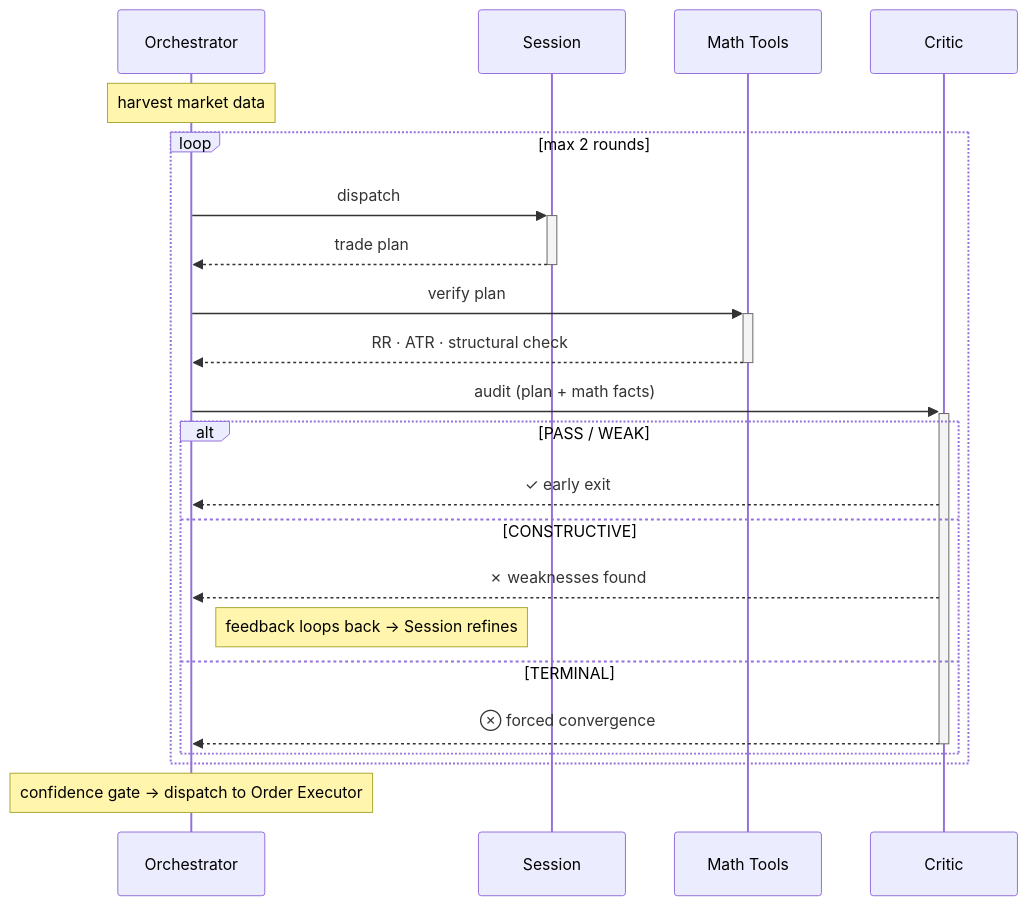
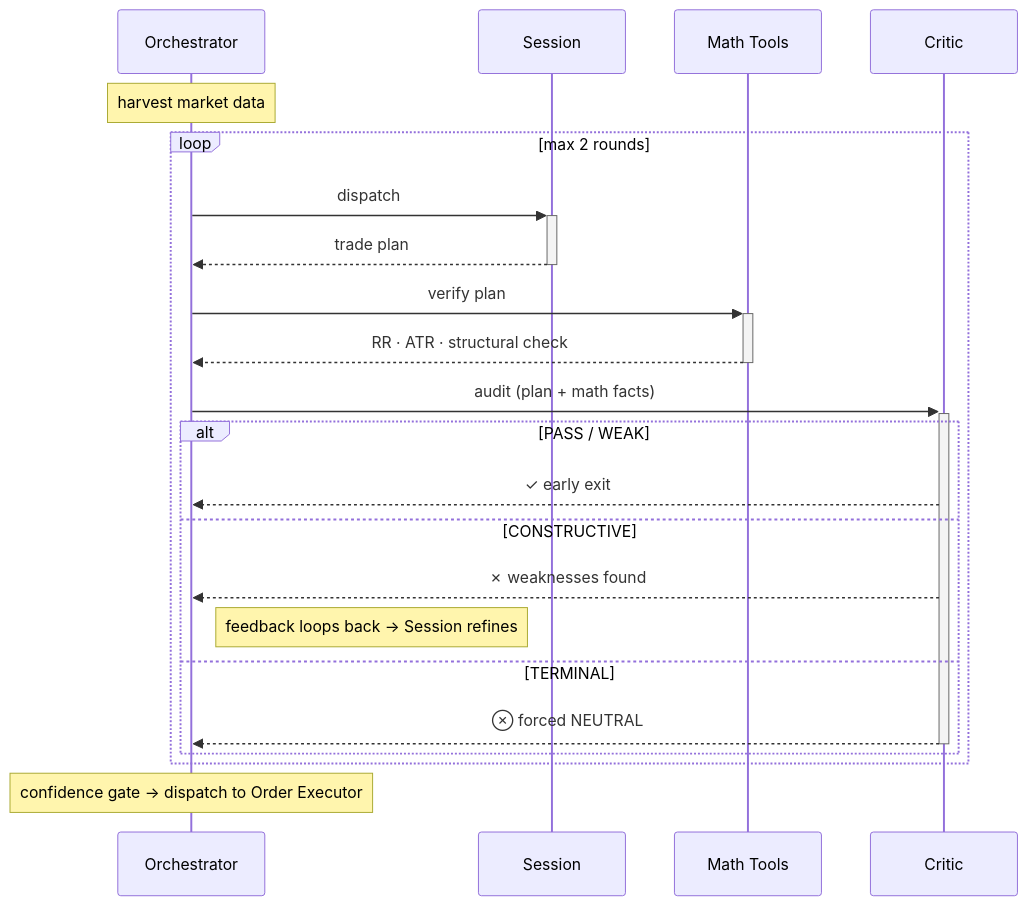
The first of 3 diagrams in README.md (jiangyang5157/binary-star), drawn with Mermaid before and after one commit. The commit also changed other lines of this file and 3 other files, not shown here.

Commit message:
refactor: replace forced convergence with NEUTRAL override for unresolved TERMINAL verdicts in debate protocol

````diff
--- a/README.md
+++ b/README.md
@@ -11,25 +11,25 @@
 ```mermaid
 sequenceDiagram
     participant BSO as Orchestrator
     participant S as Session
     participant M as Math Tools
     participant C as Critic
 
     Note over BSO: harvest market data
     loop max 2 rounds
         BSO->>+S: dispatch
         S-->>-BSO: trade plan
         BSO->>+M: verify plan
         M-->>-BSO: RR · ATR · structural check
         BSO->>+C: audit (plan + math facts)
         alt PASS / WEAK
             C-->>BSO: ✓ early exit
         else CONSTRUCTIVE
             C-->>BSO: ✗ weaknesses found
             Note right of BSO: feedback loops back → Session refines
         else TERMINAL
-            C-->>-BSO: ⊗ forced convergence
+            C-->>-BSO: ⊗ forced NEUTRAL
         end
     end
     Note over BSO: confidence gate → dispatch to Order Executor
 ```
````
